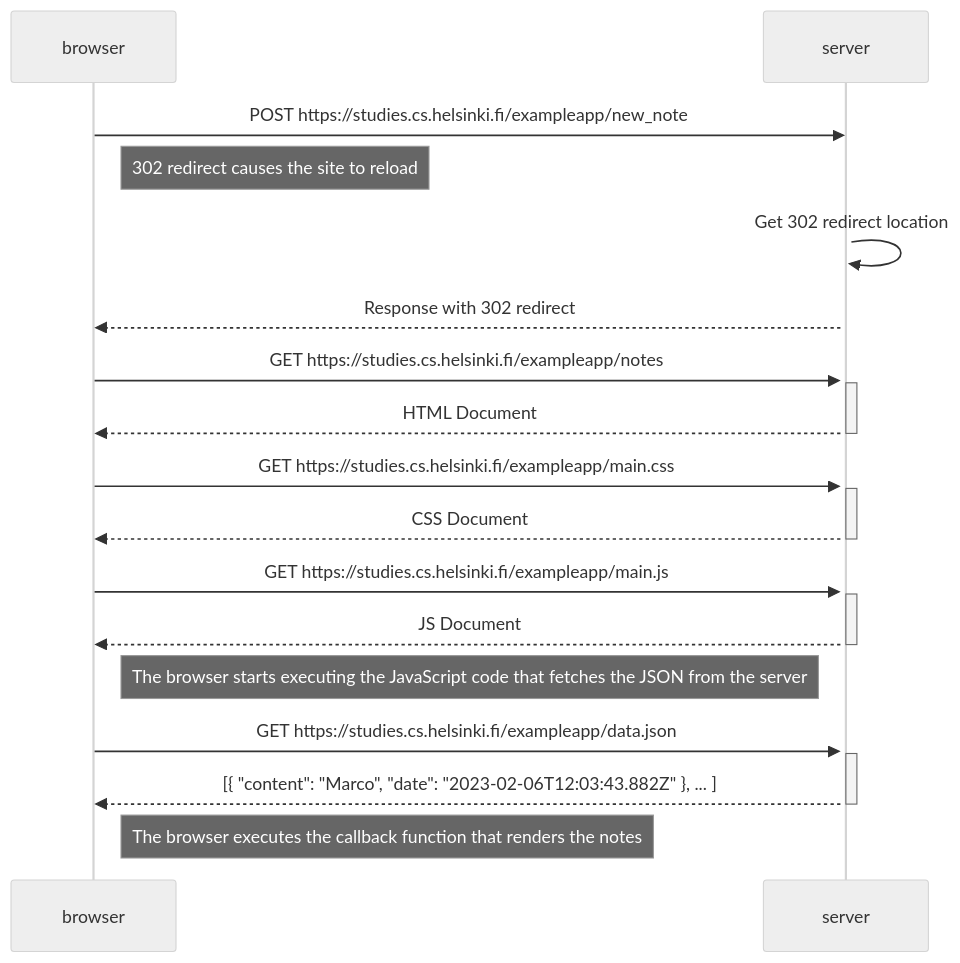
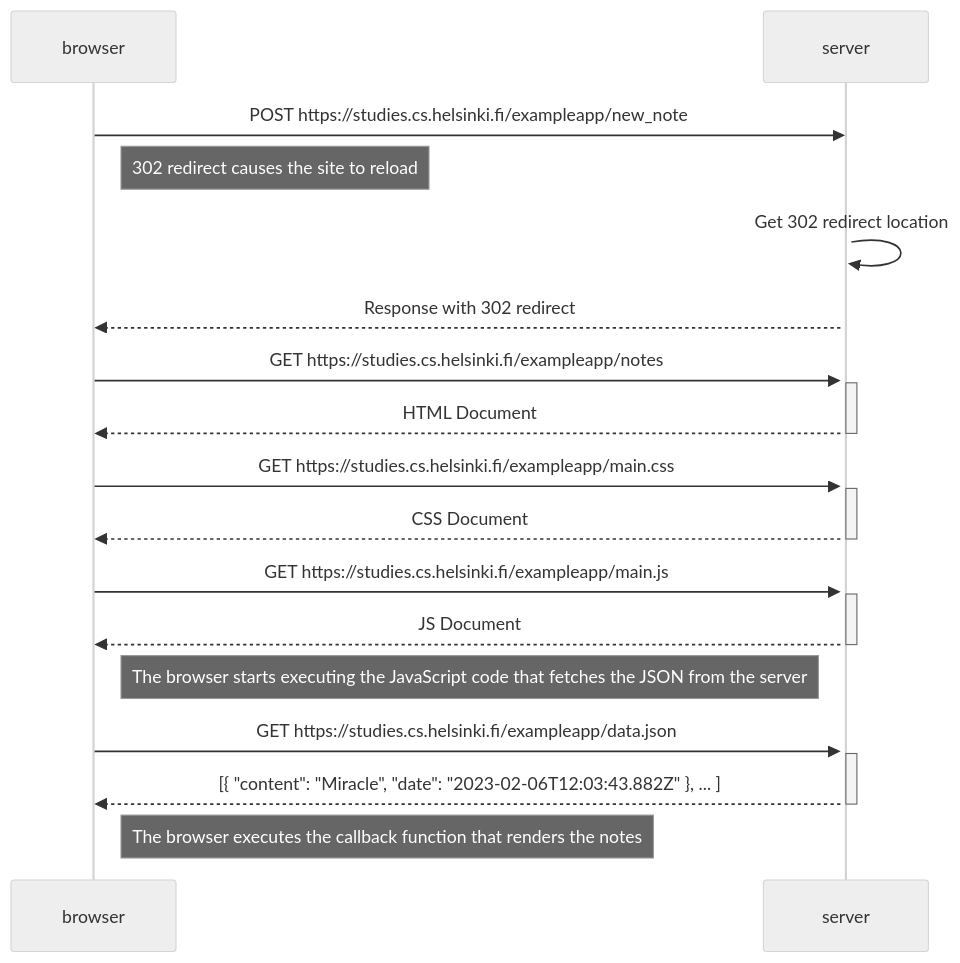
The diagram in part0/0.4.md (ChoicePeters/Fullstack-open), drawn with Mermaid (neutral theme) before and after one commit.

````diff
--- a/part0/0.4.md
+++ b/part0/0.4.md
@@ -1,33 +1,33 @@
 ```mermaid
 sequenceDiagram
     participant browser
     participant server
     
     browser->>server: POST https://studies.cs.helsinki.fi/exampleapp/new_note
     Note right of browser: 302 redirect causes the site to reload
     activate server
     server->>server: Get 302 redirect location
     server-->>browser: Response with 302 redirect
     
     browser->>server: GET https://studies.cs.helsinki.fi/exampleapp/notes
     activate server
     server-->>browser: HTML Document
     deactivate server
     
     browser->>server: GET https://studies.cs.helsinki.fi/exampleapp/main.css
     activate server
     server-->>browser: CSS Document
     deactivate server
     
     browser->>server: GET https://studies.cs.helsinki.fi/exampleapp/main.js
     activate server
     server-->>browser: JS Document
     deactivate server
     Note right of browser: The browser starts executing the JavaScript code that fetches the JSON from the server
     
     browser->>server: GET https://studies.cs.helsinki.fi/exampleapp/data.json
     activate server
-    server-->>browser: [{ "content": "Marco", "date": "2023-02-06T12:03:43.882Z" }, ... ]
+    server-->>browser: [{ "content": "Miracle", "date": "2023-02-06T12:03:43.882Z" }, ... ]
     deactivate server
     Note right of browser: The browser executes the callback function that renders the notes 
 ```
````
